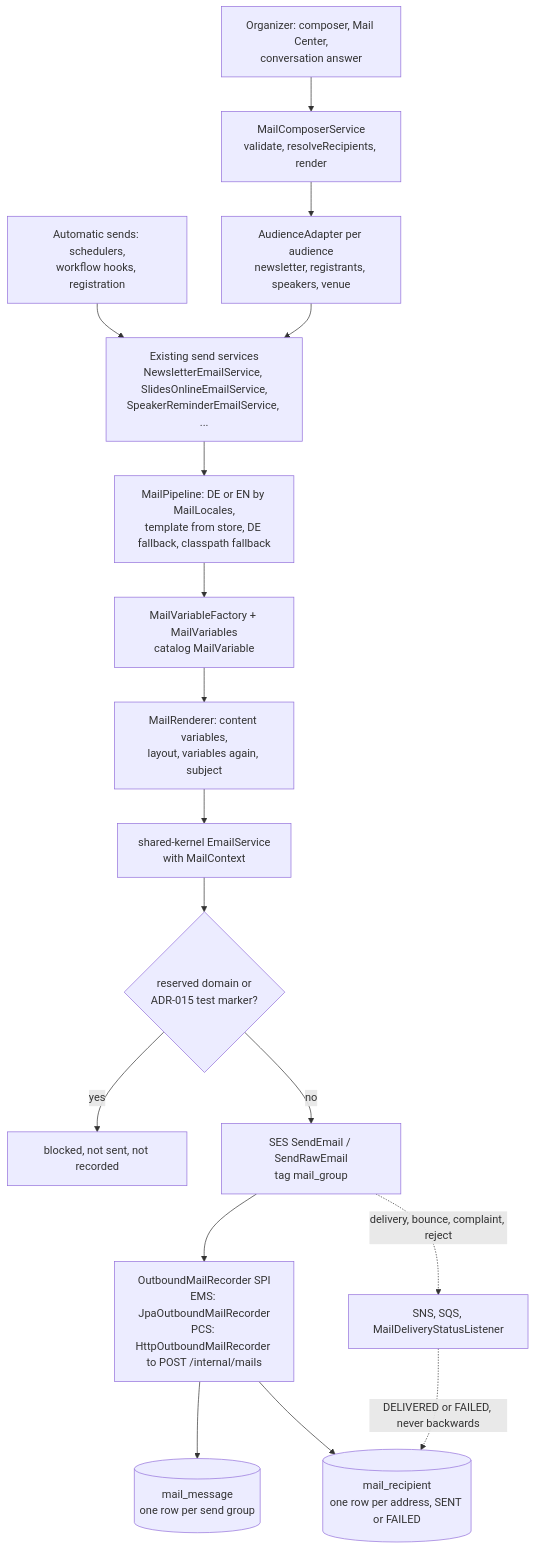
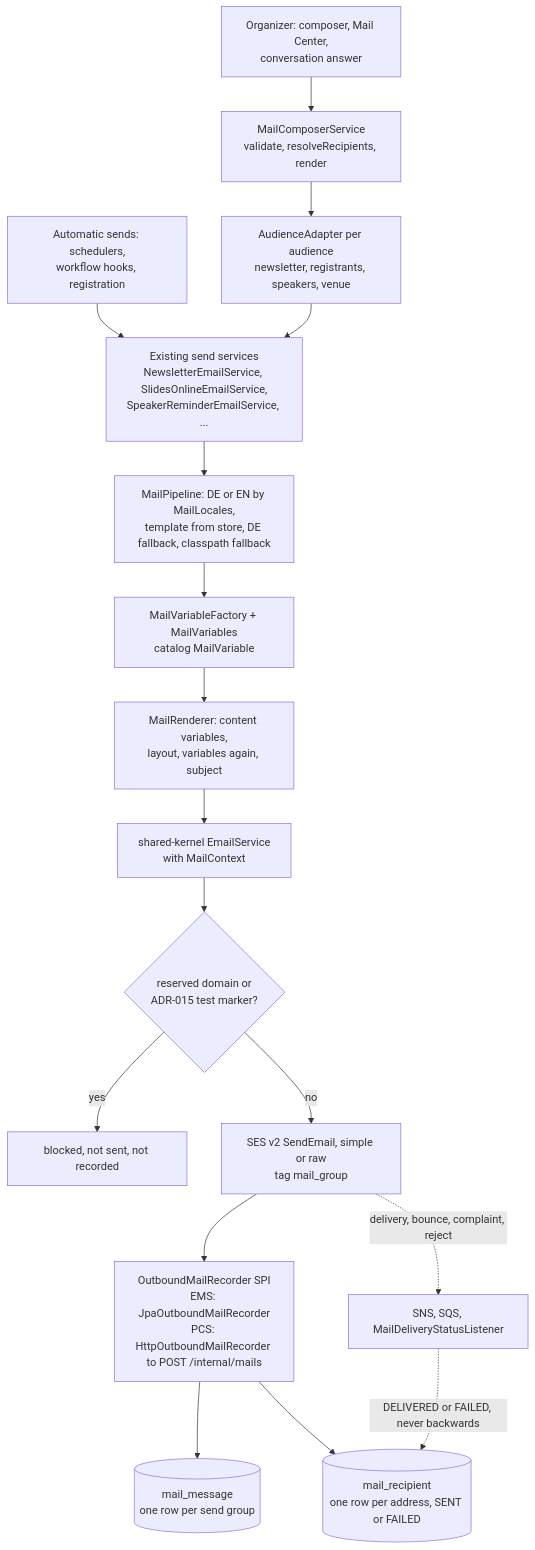
The eighth of 14 diagrams in docs/architecture/06-backend-architecture.md (nissimbuchs/BATbern2), drawn with Mermaid before and after one commit. The commit also changed other lines of this file and 351 other files, not shown here.

````diff
--- a/docs/architecture/06-backend-architecture.md
+++ b/docs/architecture/06-backend-architecture.md
@@ -1208,19 +1409,19 @@
 ```mermaid
 flowchart TD
     UI["Organizer: composer, Mail Center,<br/>conversation answer"] --> MCS["MailComposerService<br/>validate, resolveRecipients, render"]
     AUTO["Automatic sends: schedulers,<br/>workflow hooks, registration"] --> SVC
     MCS --> AD["AudienceAdapter per audience<br/>newsletter, registrants, speakers, venue"]
     AD --> SVC["Existing send services<br/>NewsletterEmailService, SlidesOnlineEmailService,<br/>SpeakerReminderEmailService, ..."]
     SVC --> PIPE["MailPipeline: DE or EN by MailLocales,<br/>template from store, DE fallback, classpath fallback"]
     PIPE --> VAR["MailVariableFactory + MailVariables<br/>catalog MailVariable"]
     VAR --> REN["MailRenderer: content variables,<br/>layout, variables again, subject"]
     REN --> ES["shared-kernel EmailService<br/>with MailContext"]
     ES --> WALLS{"reserved domain or<br/>ADR-015 test marker?"}
     WALLS -->|"yes"| BLOCK["blocked, not sent, not recorded"]
-    WALLS -->|"no"| SES["SES SendEmail / SendRawEmail<br/>tag mail_group"]
+    WALLS -->|"no"| SES["SES v2 SendEmail, simple or raw<br/>tag mail_group"]
     SES --> REC["OutboundMailRecorder SPI<br/>EMS: JpaOutboundMailRecorder<br/>PCS: HttpOutboundMailRecorder to POST /internal/mails"]
     REC --> MM[("mail_message<br/>one row per send group")]
     REC --> MR[("mail_recipient<br/>one row per address, SENT or FAILED")]
     SES -.->|"delivery, bounce, complaint, reject"| DS["SNS, SQS, MailDeliveryStatusListener"]
     DS -.->|"DELIVERED or FAILED, never backwards"| MR
 ```
````
